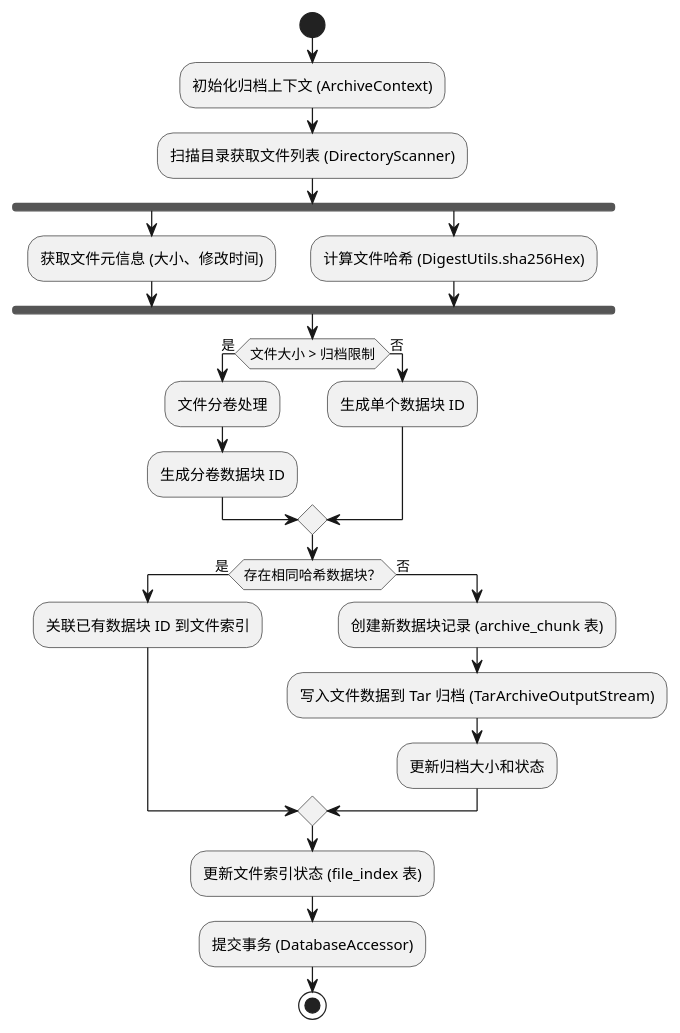
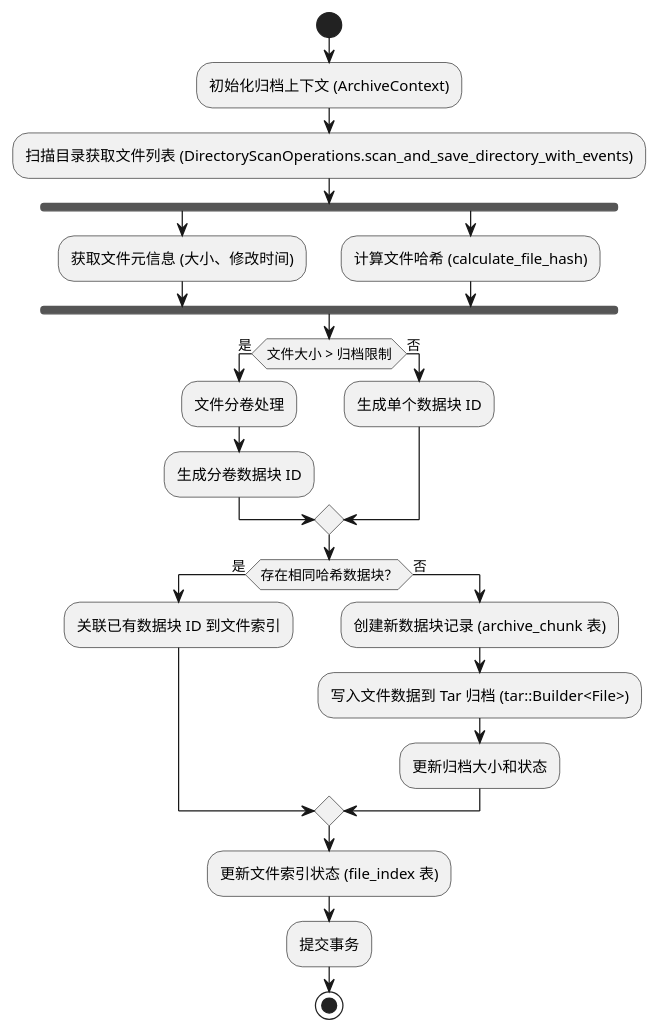
The first of 2 diagrams in docs/guide/getting-started.md (cc01cc/OneArchive), drawn with PlantUML before and after one commit. The commit also changed other lines of this file, not shown here.

````diff
--- a/docs/guide/getting-started.md
+++ b/docs/guide/getting-started.md
@@ -49,34 +50,34 @@
 ```plantuml
 @startuml 归档流程活动图
 start
 
 :初始化归档上下文 (ArchiveContext);
-:扫描目录获取文件列表 (DirectoryScanner);
+:扫描目录获取文件列表 (DirectoryScanOperations.scan_and_save_directory_with_events);
 
 fork
   :获取文件元信息 (大小、修改时间);
 fork again
-  :计算文件哈希 (DigestUtils.sha256Hex);
+  :计算文件哈希 (calculate_file_hash);
 end fork
 
 if (文件大小 > 归档限制) then (是)
   :文件分卷处理;
   :生成分卷数据块 ID;
 else (否)
   :生成单个数据块 ID;
 endif
 
 if (存在相同哈希数据块？) then (是)
   :关联已有数据块 ID 到文件索引;
 else (否)
   :创建新数据块记录 (archive_chunk 表);
-  :写入文件数据到 Tar 归档 (TarArchiveOutputStream);
+  :写入文件数据到 Tar 归档 (tar::Builder<File>);
   :更新归档大小和状态;
 endif
 
 :更新文件索引状态 (file_index 表);
-:提交事务 (DatabaseAccessor);
+:提交事务;
 
 stop
 @enduml
 ```
````
